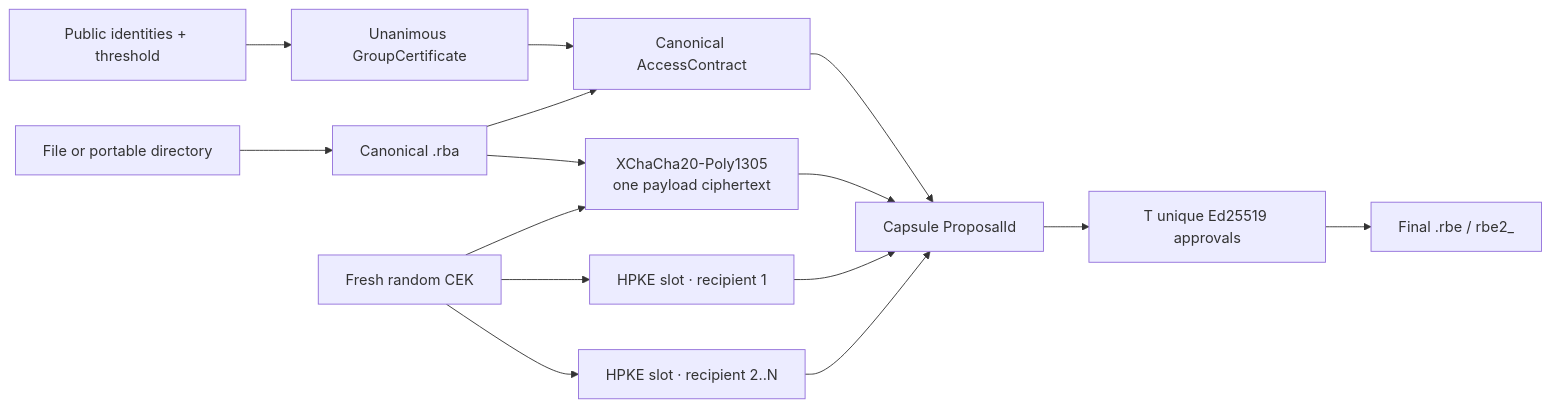
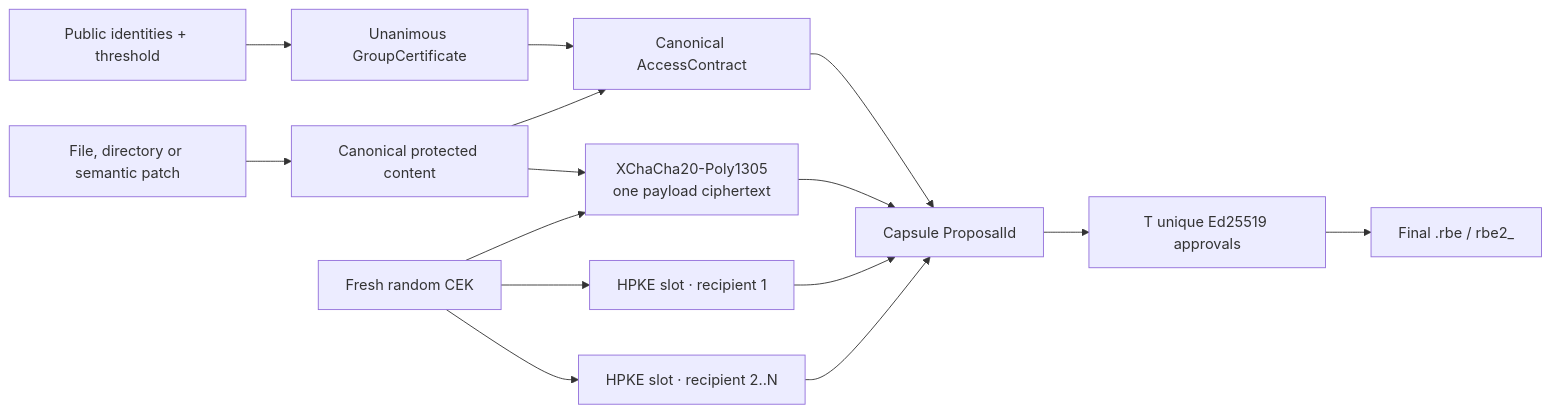
The fourth of 4 diagrams in docs/chain-architecture.md (pedro5g/Rebyte), drawn with Mermaid before and after one commit. The commit also changed other lines of this file and 16 other files, not shown here.

Commit message:
feat(chain): encrypt semantic patch content

````diff
--- a/docs/chain-architecture.md
+++ b/docs/chain-architecture.md
@@ -268,18 +270,18 @@
 ```mermaid
 flowchart LR
-    F[File or portable directory] --> A[Canonical .rba]
+    F[File, directory or semantic patch] --> A[Canonical protected content]
     A --> E[XChaCha20-Poly1305<br/>one payload ciphertext]
     K[Fresh random CEK] --> E
     K --> H1[HPKE slot · recipient 1]
     K --> H2[HPKE slot · recipient 2..N]
 
     P[Public identities + threshold] --> G[Unanimous GroupCertificate]
     G --> C[Canonical AccessContract]
     A --> C
     C --> Q[Capsule ProposalId]
     E --> Q
     H1 --> Q
     H2 --> Q
     Q --> S[T unique Ed25519 approvals]
     S --> R[Final .rbe / rbe2_]
 ```
````
